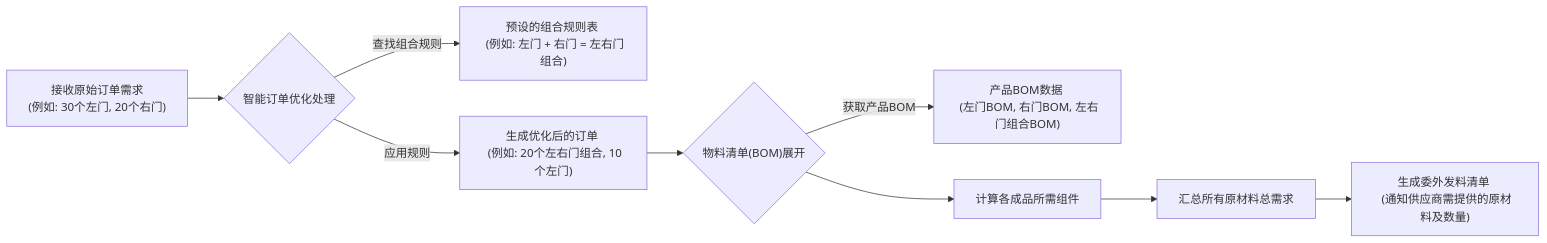
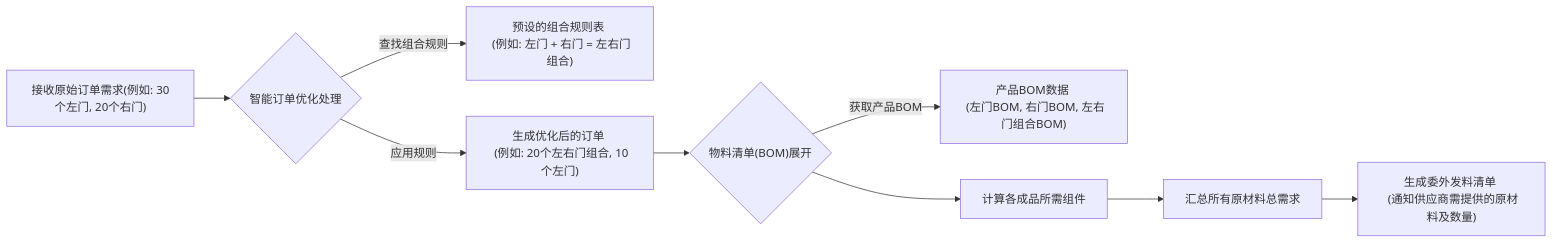
One commit to Ericfeng84/subcontracting changed the diagram in readme.md. Above: the diagram before and after it, drawn with Mermaid.

Commit message:
docs: 修复mermaid图表中文本格式不一致问题
将图表节点A中的文本格式统一，移除多余的<br/>标签以保持一致性

````diff
--- a/readme.md
+++ b/readme.md
@@ -18,11 +18,11 @@
 ```mermaid
 graph LR
-    A["接收原始订单需求 <br/> (例如: 30个左门, 20个右门)"] --> B{"智能订单优化处理"};
+    A["接收原始订单需求(例如: 30个左门, 20个右门)"] --> B{"智能订单优化处理"};
     B -- "查找组合规则" --> C["预设的组合规则表 <br/> (例如: 左门 + 右门 = 左右门组合)"];
     B -- "应用规则" --> D["生成优化后的订单 <br/> (例如: 20个左右门组合, 10个左门)"];
     D --> E{"物料清单(BOM)展开"};
     E -- "获取产品BOM" --> F["产品BOM数据 <br/> (左门BOM, 右门BOM, 左右门组合BOM)"];
     E --> G["计算各成品所需组件"];
     G --> H["汇总所有原材料总需求"];
     H --> I["生成委外发料清单 <br/> (通知供应商需提供的原材料及数量)"];
 ```
````
